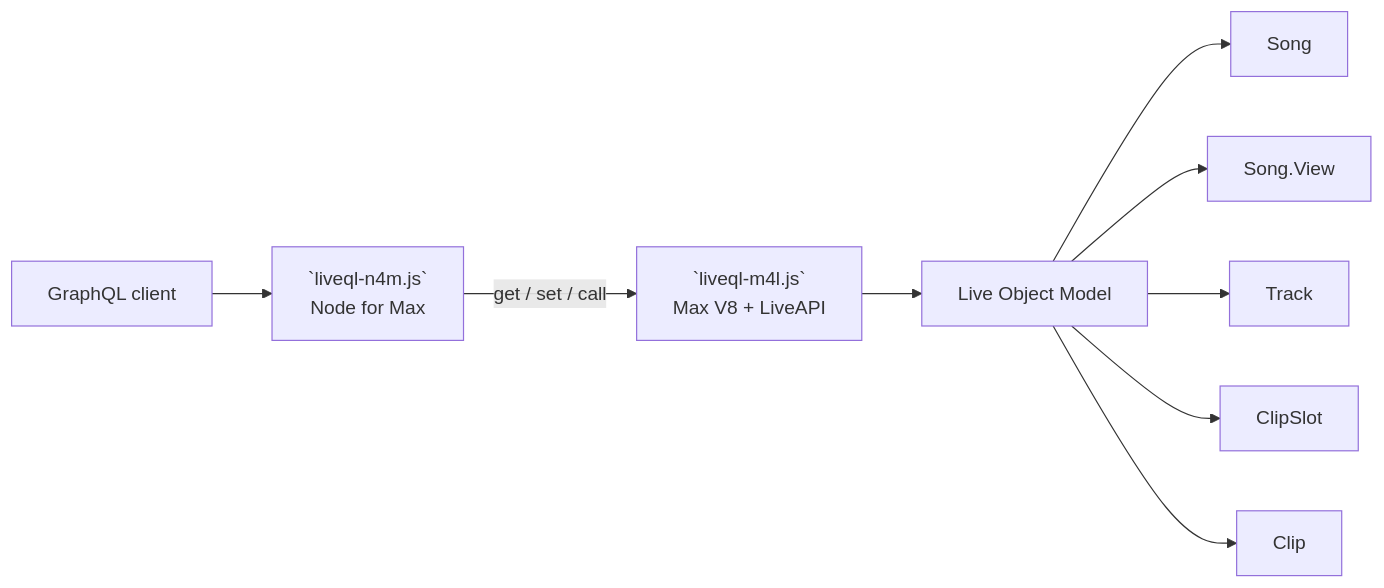
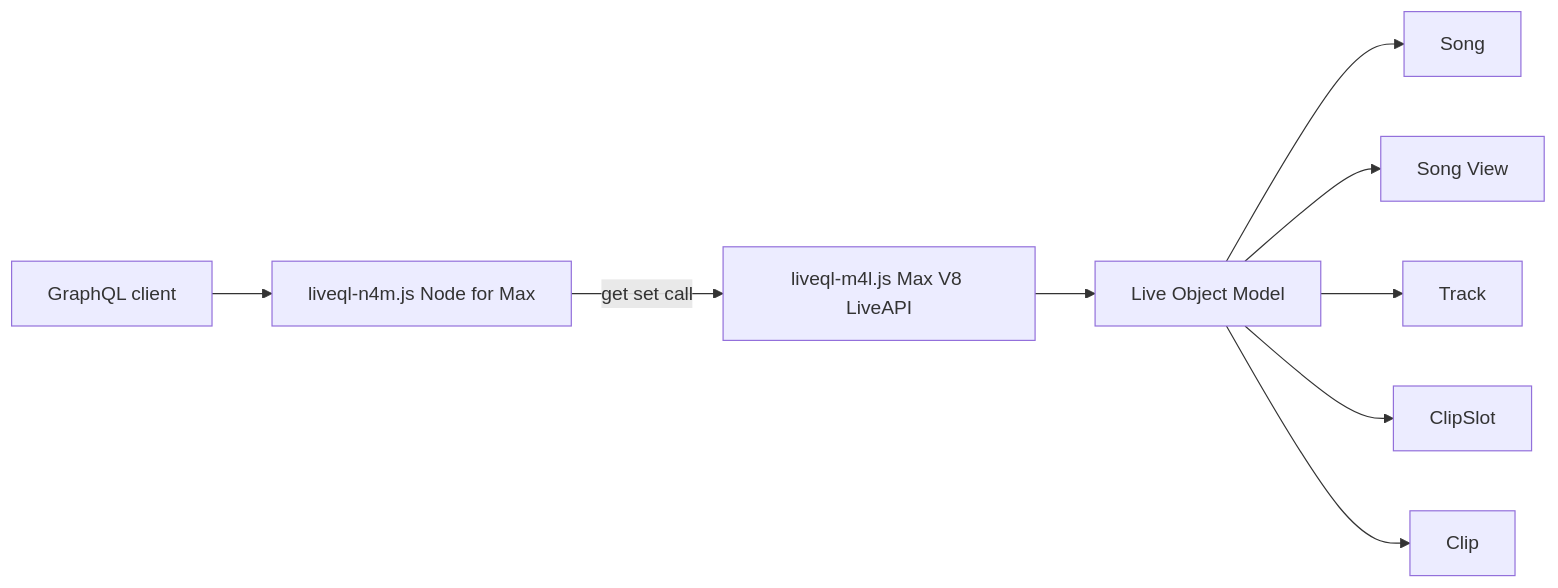
One commit to mw10013/liveql changed the first of 4 diagrams in docs/lom-schema-research.md. Above: the diagram before and after it, drawn with Mermaid. The commit also changed other lines of this file, not shown here.

Commit message:
docs: improve mermaid diagrams for clarity and consistency in LOM research documentation

````diff
--- a/docs/lom-schema-research.md
+++ b/docs/lom-schema-research.md
@@ -32,11 +32,11 @@
 ```mermaid
 flowchart LR
-  G[GraphQL client] --> N[`liveql-n4m.js`\nNode for Max]
-  N -->|get / set / call| M[`liveql-m4l.js`\nMax V8 + LiveAPI]
-  M --> L[Live Object Model]
-  L --> A[Song]
-  L --> B[Song.View]
-  L --> C[Track]
-  L --> D[ClipSlot]
-  L --> E[Clip]
+  G["GraphQL client"] --> N["liveql-n4m.js Node for Max"]
+  N -->|"get set call"| M["liveql-m4l.js Max V8 LiveAPI"]
+  M --> L["Live Object Model"]
+  L --> A["Song"]
+  L --> B["Song View"]
+  L --> C["Track"]
+  L --> D["ClipSlot"]
+  L --> E["Clip"]
 ```
````
